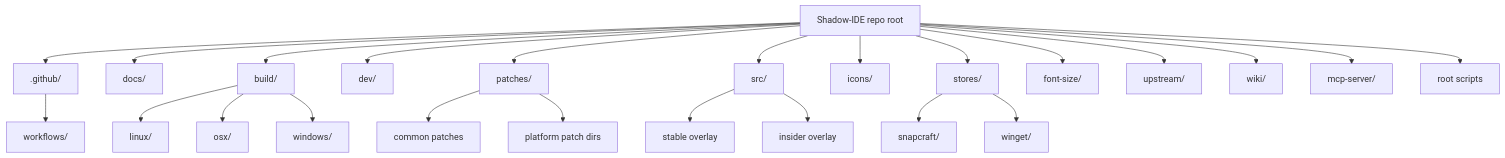
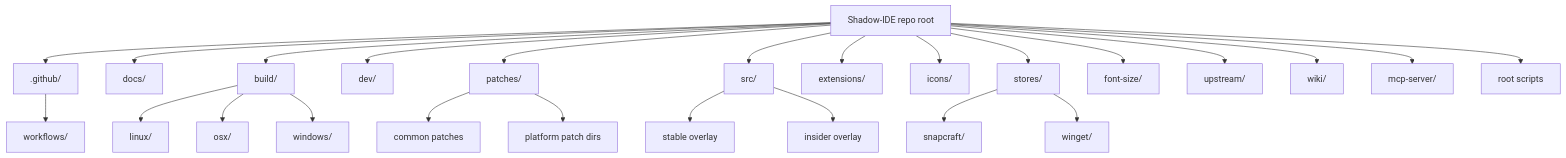
Before and after one commit to VSCodium/vscodium: the diagram in wiki/code-structure.md, drawn with Mermaid. The commit also changed other lines of this file and 13 other files, not shown here.

````diff
--- a/wiki/code-structure.md
+++ b/wiki/code-structure.md
@@ -19,28 +19,29 @@
 ```mermaid
 graph TD
     ROOT["Shadow-IDE repo root"]
     ROOT --> GH[".github/"]
     ROOT --> DOCS["docs/"]
     ROOT --> BUILD["build/"]
     ROOT --> DEV["dev/"]
     ROOT --> PATCHES["patches/"]
     ROOT --> SRC["src/"]
+    ROOT --> EXT["extensions/"]
     ROOT --> ICONS["icons/"]
     ROOT --> STORES["stores/"]
     ROOT --> FONT["font-size/"]
     ROOT --> UPSTREAM["upstream/"]
     ROOT --> WIKI["wiki/"]
     ROOT --> MCP["mcp-server/"]
     ROOT --> ROOTSCRIPTS["root scripts"]
 
     GH --> GHW["workflows/"]
     BUILD --> LINUX["linux/"]
     BUILD --> OSX["osx/"]
     BUILD --> WIN["windows/"]
     PATCHES --> COMMON["common patches"]
     PATCHES --> PLATPATCH["platform patch dirs"]
     SRC --> STABLE["stable overlay"]
     SRC --> INSIDER["insider overlay"]
     STORES --> SNAP["snapcraft/"]
     STORES --> WINGET["winget/"]
 ```
````
